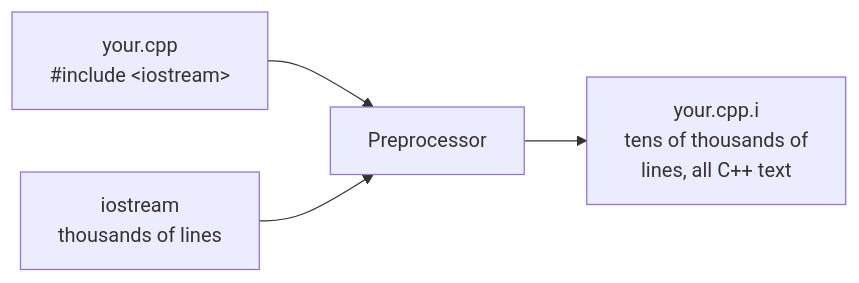
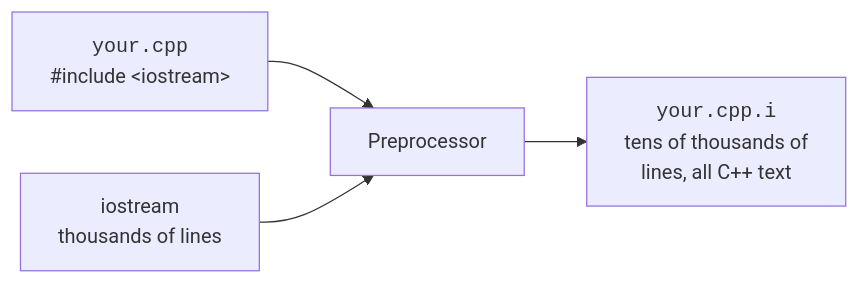
One commit to dataslope/dataslope changed the first of 4 diagrams in content/learn/from-zero-to-cpp/compilation-pipeline.mdx. Above: the diagram before and after it, drawn with Mermaid. The commit also changed other lines of this file and 218 other files, not shown here.

First line of the commit message:
Render code-only mermaid shapes in monospace; convert step sequences to Steps (#467)

````diff
--- a/content/learn/from-zero-to-cpp/compilation-pipeline.mdx
+++ b/content/learn/from-zero-to-cpp/compilation-pipeline.mdx
@@ -81,6 +81,6 @@
 ```mermaid
 flowchart LR
-    A[your.cpp<br/>#include &lt;iostream&gt;] --> P[Preprocessor]
+    A["<code>your.cpp</code><br/>#include &lt;iostream&gt;"] --> P[Preprocessor]
     B[iostream<br/>thousands of lines] --> P
-    P --> X[your.cpp.i<br/>tens of thousands of<br/>lines, all C++ text]
+    P --> X["<code>your.cpp.i</code><br/>tens of thousands of<br/>lines, all C++ text"]
 ```
````
